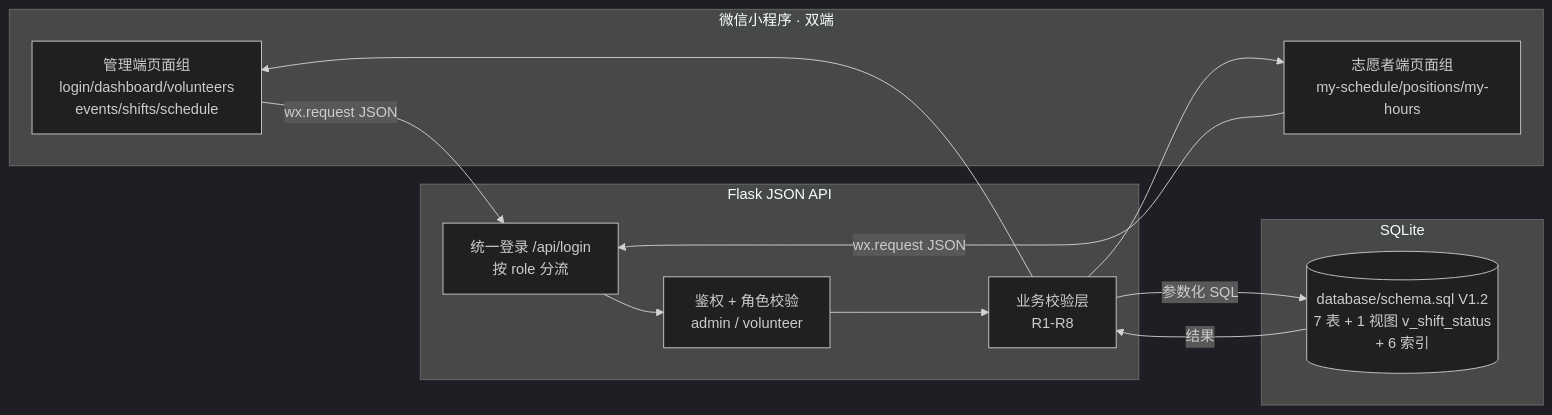
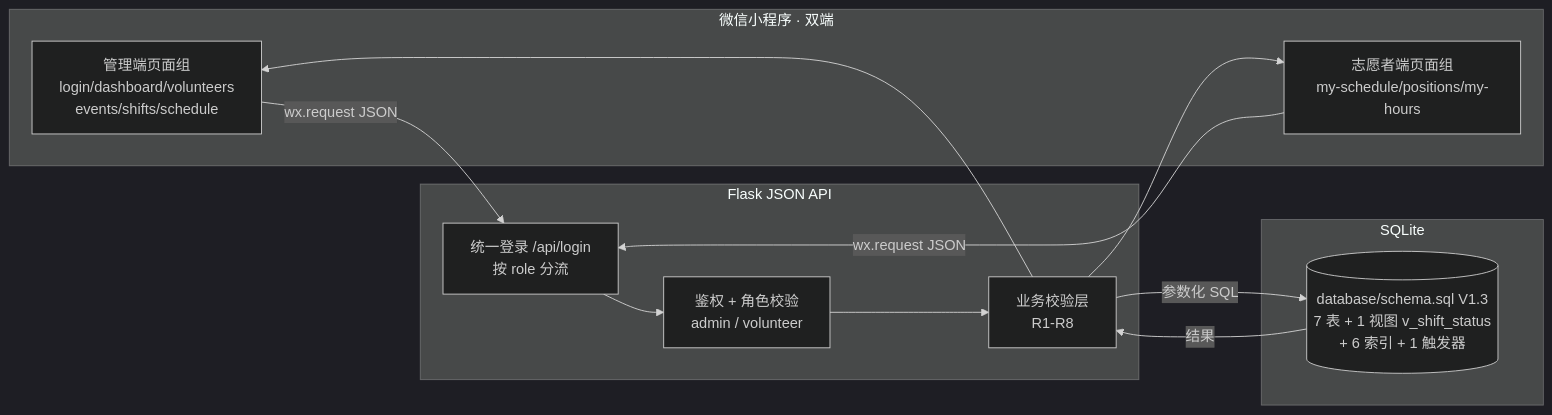
One commit to TuIanL/bsu-Competition-Management-System changed the first of 5 diagrams in docs/03_系统架构与流程图.md. Above: the diagram before and after it, drawn with Mermaid (dark theme). The commit also changed other lines of this file and 8 other files, not shown here.

````diff
--- a/docs/03_系统架构与流程图.md
+++ b/docs/03_系统架构与流程图.md
@@ -10,21 +10,21 @@
 ```mermaid
 flowchart LR
     subgraph 前端["微信小程序 · 双端"]
         MA[管理端页面组<br/>login/dashboard/volunteers<br/>events/shifts/schedule]
         VO[志愿者端页面组<br/>my-schedule/positions/my-hours]
     end
     subgraph 后端["Flask JSON API"]
         LG[统一登录 /api/login<br/>按 role 分流]
         AU[鉴权 + 角色校验<br/>admin / volunteer]
         BL[业务校验层<br/>R1-R8]
     end
     subgraph 数据层["SQLite"]
-        DB[(database/schema.sql V1.2<br/>7 表 + 1 视图 v_shift_status<br/>+ 6 索引)]
+        DB[(database/schema.sql V1.3<br/>7 表 + 1 视图 v_shift_status<br/>+ 6 索引 + 1 触发器)]
     end
     MA -- "wx.request JSON" --> LG
     VO -- "wx.request JSON" --> LG
     LG --> AU --> BL
     BL -- "参数化 SQL" --> DB
     DB -- 结果 --> BL --> MA
     BL --> VO
 ```
````
